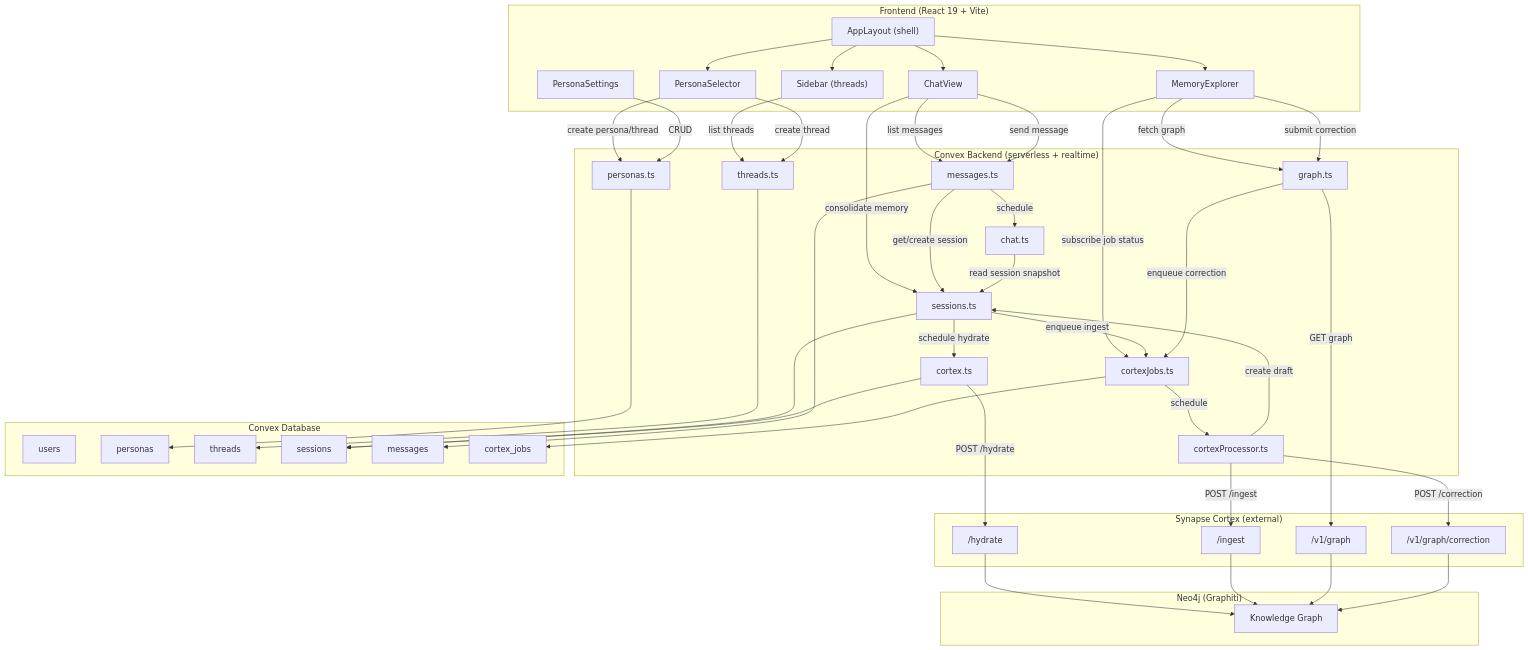
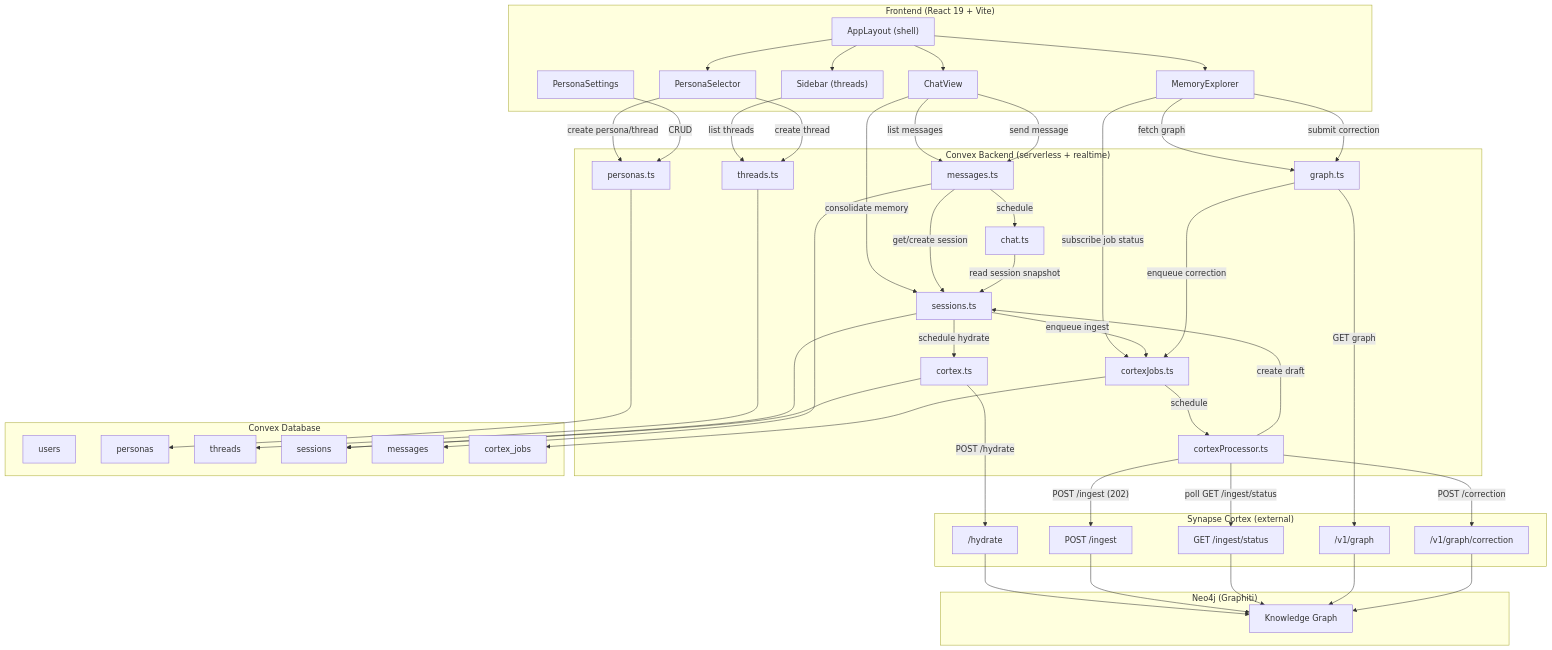
Before and after one commit to juandastic/synapse-chat-ai: the second of 7 diagrams in README.md, drawn with Mermaid. The commit also changed other lines of this file and 3 other files, not shown here.

````diff
--- a/README.md
+++ b/README.md
@@ -95,7 +95,8 @@
 
     subgraph cortex ["Synapse Cortex (external)"]
         HydrateEndpoint["/hydrate"]
-        IngestEndpoint["/ingest"]
+        IngestEndpoint["POST /ingest"]
+        IngestStatusEndpoint["GET /ingest/status"]
         GraphEndpoint["/v1/graph"]
         CorrectionEndpoint["/v1/graph/correction"]
     end
@@ -135,7 +136,8 @@
 
     %% Async job queue
     CortexJobs -->|"schedule"| CortexProcessor
-    CortexProcessor -->|"POST /ingest"| IngestEndpoint
+    CortexProcessor -->|"POST /ingest (202)"| IngestEndpoint
+    CortexProcessor -->|"poll GET /ingest/status"| IngestStatusEndpoint
     CortexProcessor -->|"POST /correction"| CorrectionEndpoint
     CortexProcessor -->|"create draft"| SessionsAPI
 
@@ -154,6 +156,7 @@
     %% External services
     HydrateEndpoint --> KG
     IngestEndpoint --> KG
+    IngestStatusEndpoint --> KG
     GraphEndpoint --> KG
     CorrectionEndpoint --> KG
 ```
````
